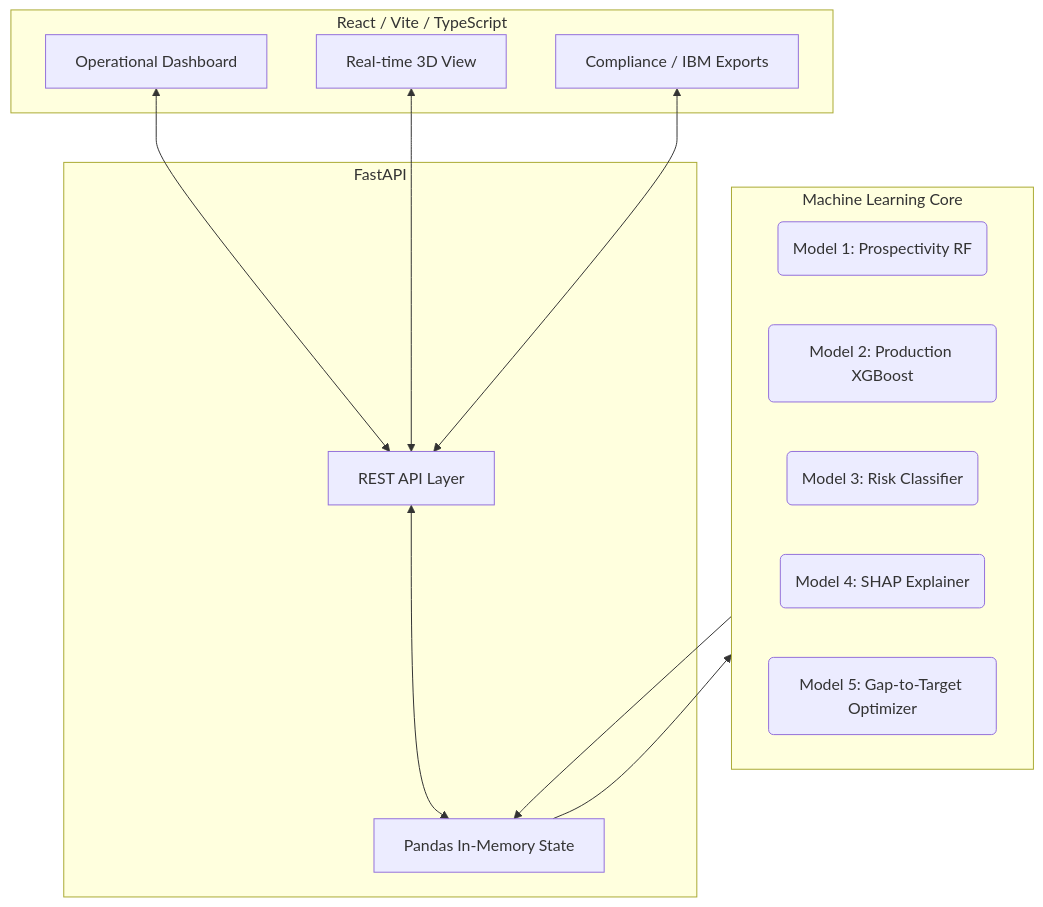
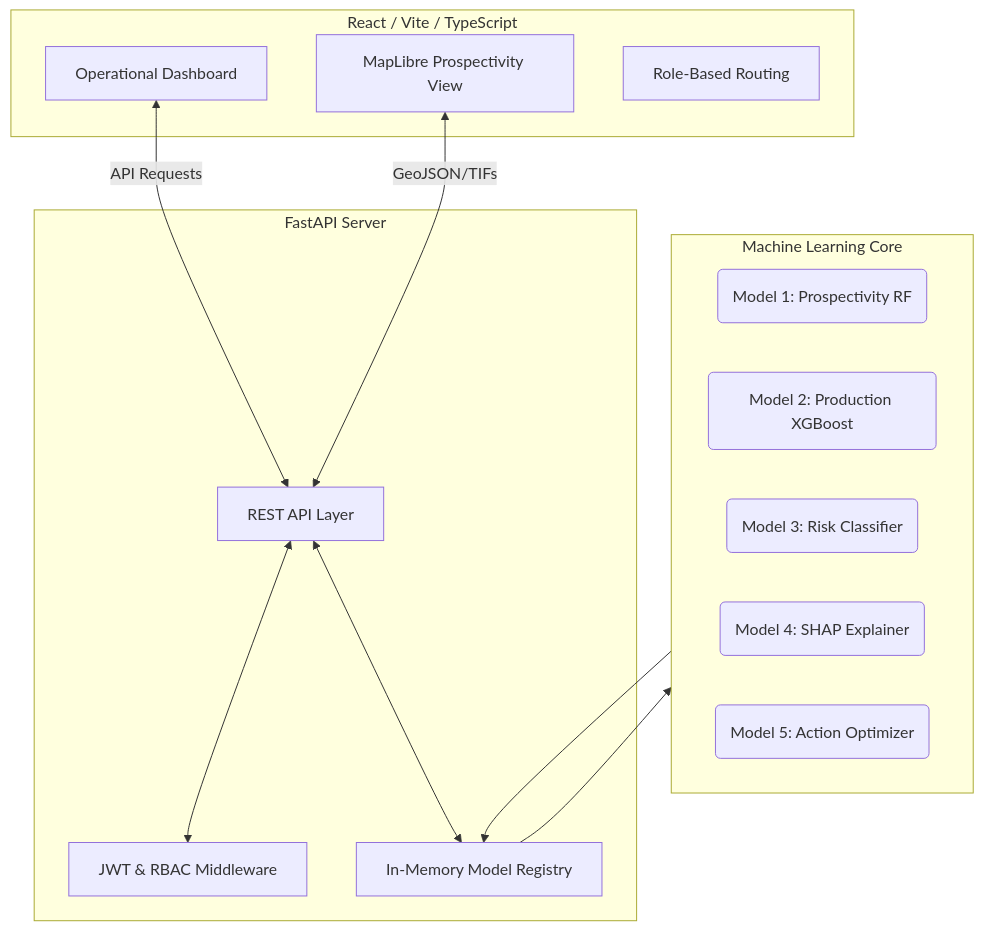
One commit to NiranjanS20/SIH-26 changed the diagram in README.md. Above: the diagram before and after it, drawn with Mermaid. The commit also changed other lines of this file and 24 other files, not shown here.

````diff
--- a/README.md
+++ b/README.md
@@ -49,28 +35,29 @@
 ```mermaid
 graph TD;
     subgraph Frontend [React / Vite / TypeScript]
         UI[Operational Dashboard]
-        3D[Real-time 3D View]
-        Rep[Compliance / IBM Exports]
+        3D[MapLibre Prospectivity View]
+        RBAC[Role-Based Routing]
     end
 
-    subgraph Backend [FastAPI]
+    subgraph Backend [FastAPI Server]
         API[REST API Layer]
-        Data[Pandas In-Memory State]
+        Auth[JWT & RBAC Middleware]
+        Reg[In-Memory Model Registry]
     end
 
     subgraph AI_Engine [Machine Learning Core]
         M1(Model 1: Prospectivity RF)
         M2(Model 2: Production XGBoost)
         M3(Model 3: Risk Classifier)
         M4(Model 4: SHAP Explainer)
-        M5(Model 5: Gap-to-Target Optimizer)
+        M5(Model 5: Action Optimizer)
     end
 
-    UI <--> API
-    3D <--> API
-    Rep <--> API
-    API <--> Data
-    Data --> AI_Engine
-    AI_Engine --> Data
+    UI <-->|API Requests| API
+    3D <-->|GeoJSON/TIFs| API
+    API <--> Auth
+    API <--> Reg
+    Reg --> AI_Engine
+    AI_Engine --> Reg
 ```
````
